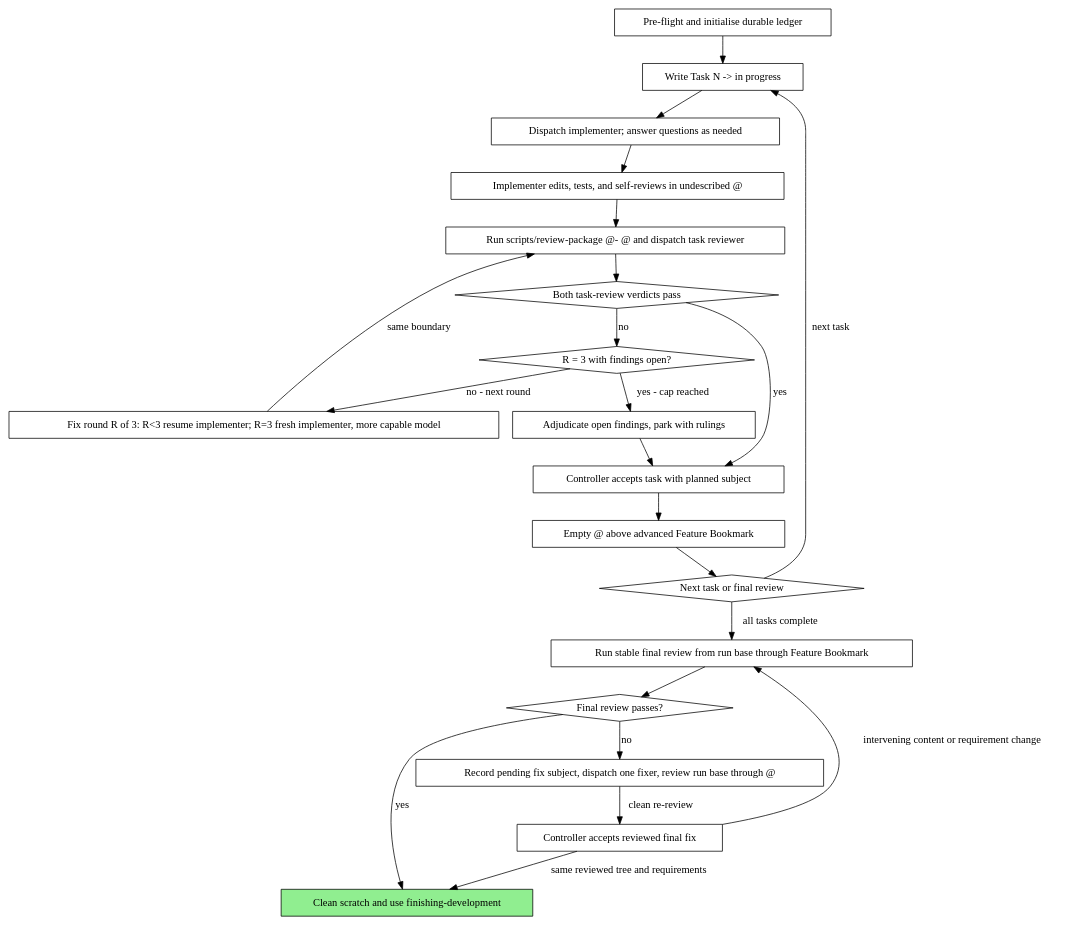
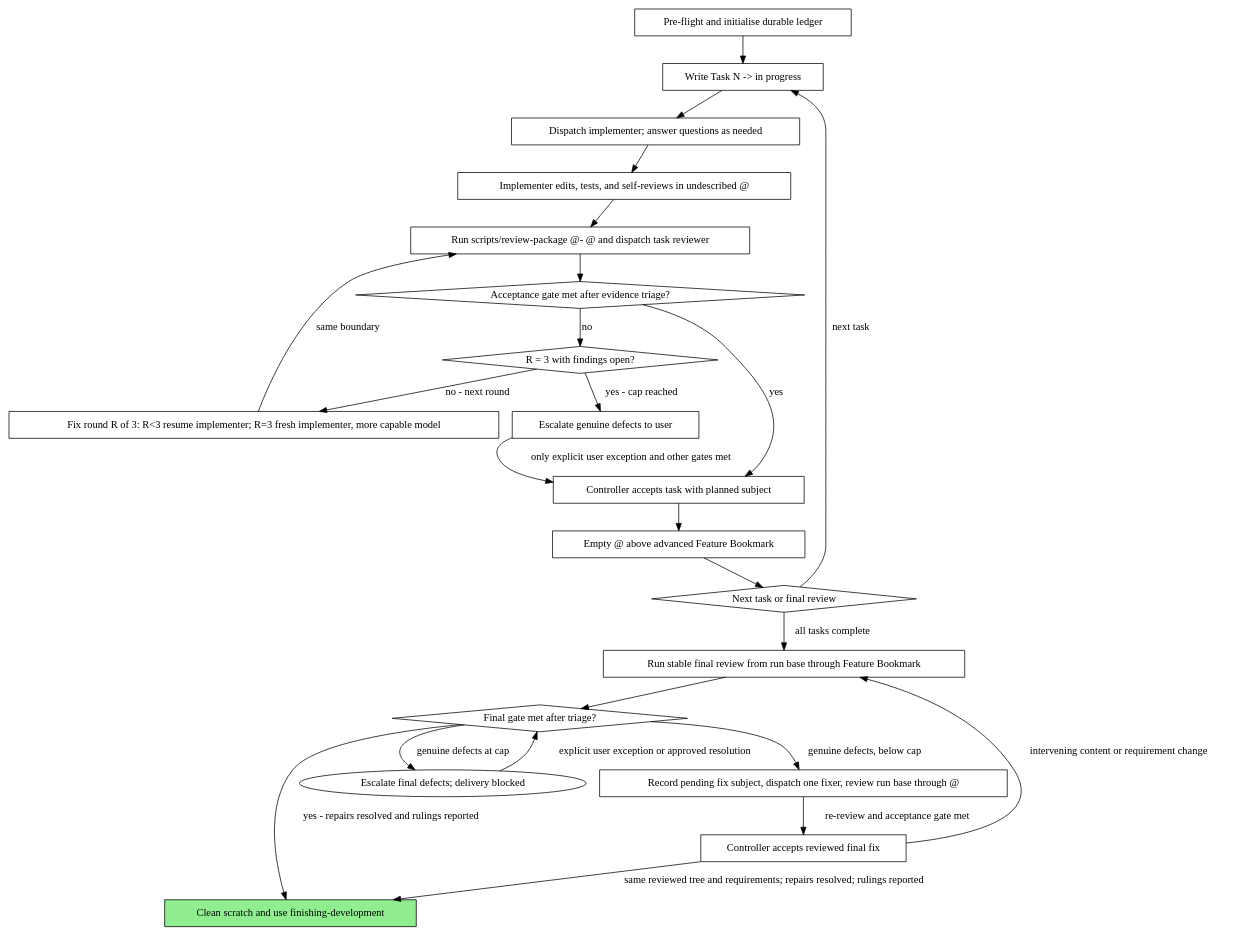
Before and after one commit to j10t-dev/1337-skills: the second of 2 diagrams in skills/subagent-driven-development/SKILL.md, drawn with Graphviz. The commit also changed other lines of this file and 14 other files, not shown here.

````diff
--- a/skills/subagent-driven-development/SKILL.md
+++ b/skills/subagent-driven-development/SKILL.md
@@ -65,45 +70,47 @@
 ```dot
 digraph process {
     rankdir=TB;
 
     "Pre-flight and initialise durable ledger" [shape=box];
     "Write Task N -> in progress" [shape=box];
     "Dispatch implementer; answer questions as needed" [shape=box];
     "Implementer edits, tests, and self-reviews in undescribed @" [shape=box];
     "Run scripts/review-package @- @ and dispatch task reviewer" [shape=box];
-    "Both task-review verdicts pass" [shape=diamond];
+    "Acceptance gate met after evidence triage?" [shape=diamond];
     "Fix round R of 3: R<3 resume implementer; R=3 fresh implementer, more capable model" [shape=box];
     "R = 3 with findings open?" [shape=diamond];
-    "Adjudicate open findings, park with rulings" [shape=box];
+    "Escalate genuine defects to user" [shape=box];
     "Controller accepts task with planned subject" [shape=box];
     "Empty @ above advanced Feature Bookmark" [shape=box];
     "Next task or final review" [shape=diamond];
     "Run stable final review from run base through Feature Bookmark" [shape=box];
-    "Final review passes?" [shape=diamond];
+    "Final gate met after triage?" [shape=diamond];
     "Record pending fix subject, dispatch one fixer, review run base through @" [shape=box];
     "Controller accepts reviewed final fix" [shape=box];
     "Clean scratch and use finishing-development" [shape=box style=filled fillcolor=lightgreen];
 
     "Pre-flight and initialise durable ledger" -> "Write Task N -> in progress";
     "Write Task N -> in progress" -> "Dispatch implementer; answer questions as needed";
     "Dispatch implementer; answer questions as needed" -> "Implementer edits, tests, and self-reviews in undescribed @";
     "Implementer edits, tests, and self-reviews in undescribed @" -> "Run scripts/review-package @- @ and dispatch task reviewer";
-    "Run scripts/review-package @- @ and dispatch task reviewer" -> "Both task-review verdicts pass";
-    "Both task-review verdicts pass" -> "R = 3 with findings open?" [label="no"];
+    "Run scripts/review-package @- @ and dispatch task reviewer" -> "Acceptance gate met after evidence triage?";
+    "Acceptance gate met after evidence triage?" -> "R = 3 with findings open?" [label="no"];
     "R = 3 with findings open?" -> "Fix round R of 3: R<3 resume implementer; R=3 fresh implementer, more capable model" [label="no - next round"];
-    "R = 3 with findings open?" -> "Adjudicate open findings, park with rulings" [label="yes - cap reached"];
+    "R = 3 with findings open?" -> "Escalate genuine defects to user" [label="yes - cap reached"]; 
     "Fix round R of 3: R<3 resume implementer; R=3 fresh implementer, more capable model" -> "Run scripts/review-package @- @ and dispatch task reviewer" [label="same boundary"];
-    "Adjudicate open findings, park with rulings" -> "Controller accepts task with planned subject";
-    "Both task-review verdicts pass" -> "Controller accepts task with planned subject" [label="yes"];
+    "Escalate genuine defects to user" -> "Controller accepts task with planned subject" [label="only explicit user exception and other gates met"];
+    "Acceptance gate met after evidence triage?" -> "Controller accepts task with planned subject" [label="yes"]; 
     "Controller accepts task with planned subject" -> "Empty @ above advanced Feature Bookmark";
     "Empty @ above advanced Feature Bookmark" -> "Next task or final review";
     "Next task or final review" -> "Write Task N -> in progress" [label="next task"];
     "Next task or final review" -> "Run stable final review from run base through Feature Bookmark" [label="all tasks complete"];
-    "Run stable final review from run base through Feature Bookmark" -> "Final review passes?";
-    "Final review passes?" -> "Clean scratch and use finishing-development" [label="yes"];
-    "Final review passes?" -> "Record pending fix subject, dispatch one fixer, review run base through @" [label="no"];
-    "Record pending fix subject, dispatch one fixer, review run base through @" -> "Controller accepts reviewed final fix" [label="clean re-review"];
-    "Controller accepts reviewed final fix" -> "Clean scratch and use finishing-development" [label="same reviewed tree and requirements"];
+    "Run stable final review from run base through Feature Bookmark" -> "Final gate met after triage?";
+    "Final gate met after triage?" -> "Clean scratch and use finishing-development" [label="yes - repairs resolved and rulings reported"];
+    "Final gate met after triage?" -> "Record pending fix subject, dispatch one fixer, review run base through @" [label="genuine defects, below cap"];
+    "Final gate met after triage?" -> "Escalate final defects; delivery blocked" [label="genuine defects at cap"];
+    "Escalate final defects; delivery blocked" -> "Final gate met after triage?" [label="explicit user exception or approved resolution"];
+    "Record pending fix subject, dispatch one fixer, review run base through @" -> "Controller accepts reviewed final fix" [label="re-review and acceptance gate met"];
+    "Controller accepts reviewed final fix" -> "Clean scratch and use finishing-development" [label="same reviewed tree and requirements; repairs resolved; rulings reported"];
     "Controller accepts reviewed final fix" -> "Run stable final review from run base through Feature Bookmark" [label="intervening content or requirement change"];
 }
 ```
````
